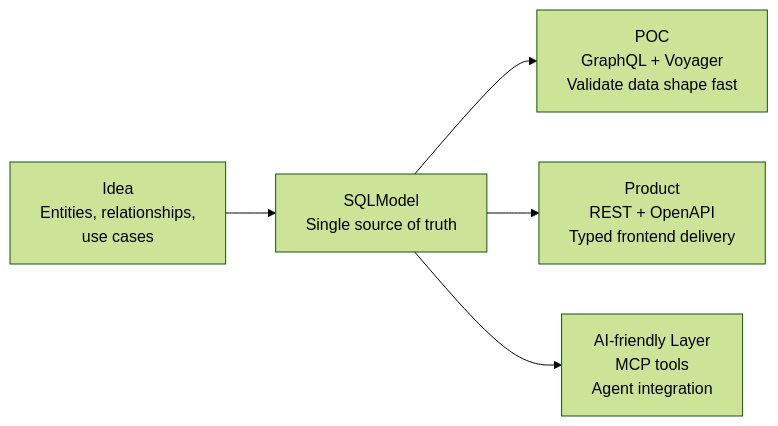
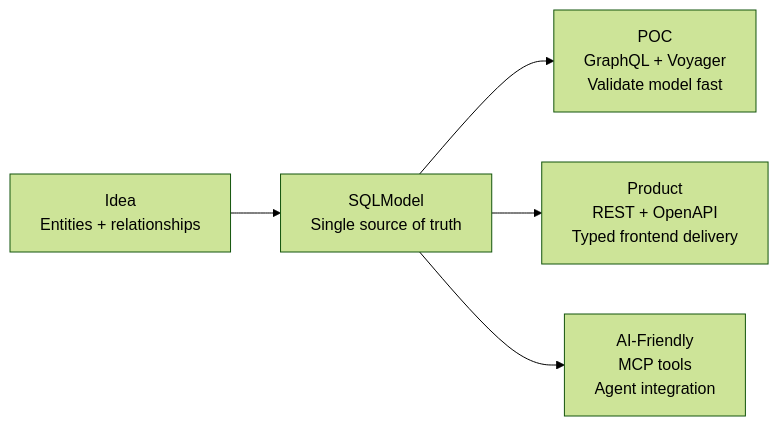
The diagram in README.md (frankwsj/sqlmodel-nexus), drawn with Mermaid (forest theme) before and after one commit. The commit also changed other lines of this file and 4 other files, not shown here.

````diff
--- a/README.md
+++ b/README.md
@@ -13,7 +11,7 @@
 ```mermaid
 flowchart LR
-    idea["Idea<br/>Entities, relationships,<br/>use cases"] --> model["SQLModel<br/>Single source of truth"]
-    model --> poc["POC<br/>GraphQL + Voyager<br/>Validate data shape fast"]
+    idea["Idea<br/>Entities + relationships"] --> model["SQLModel<br/>Single source of truth"]
+    model --> poc["POC<br/>GraphQL + Voyager<br/>Validate model fast"]
     model --> product["Product<br/>REST + OpenAPI<br/>Typed frontend delivery"]
-    model --> ai["AI-friendly Layer<br/>MCP tools<br/>Agent integration"]
+    model --> ai["AI-Friendly<br/>MCP tools<br/>Agent integration"]
 ```
````
